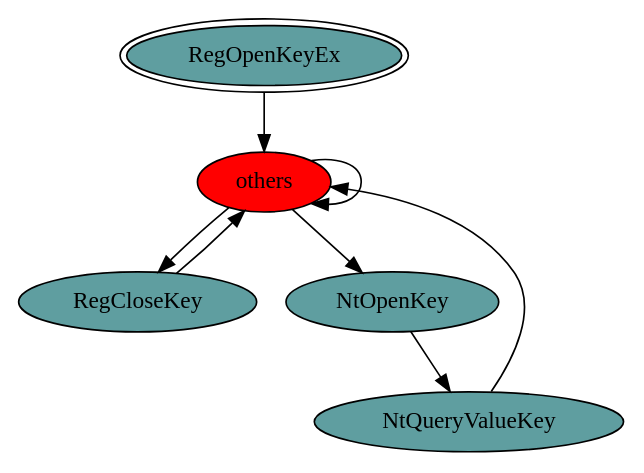
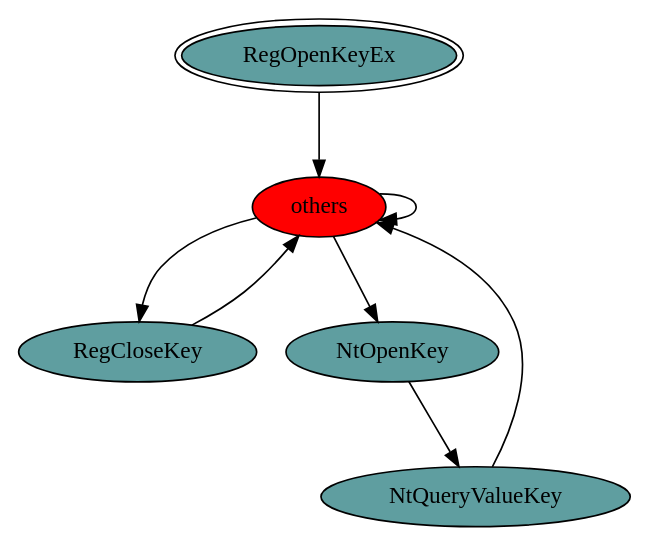
Before and after one commit to reverseame/windows-behavior-catalog: the diagram in [OC0008] Operating System/[C0036] Registry/[C0036.003] Open Registry Key/gv/RegOpenKeyEx.exe_4088_Registry_API_per_Category_Transition_Matrix.gv, drawn with Graphviz. The commit also changed 220 other files, not shown here.

```diff
--- a/[OC0008] Operating System/[C0036] Registry/[C0036.003] Open Registry Key/gv/RegOpenKeyEx.exe_4088_Registry_API_per_Category_Transition_Matrix.gv
+++ b/[OC0008] Operating System/[C0036] Registry/[C0036.003] Open Registry Key/gv/RegOpenKeyEx.exe_4088_Registry_API_per_Category_Transition_Matrix.gv
@@ -1,14 +1,14 @@
 digraph "./REPORTS/6725/API_PER_CATEGORY/RegOpenKeyEx.exe_4088_Registry_API_per_Category_Transition_Matrix" {
 	RegOpenKeyEx [label=RegOpenKeyEx fillcolor=cadetblue peripheries=2 style=filled]
 	others [label=others fillcolor=red style=filled]
-	RegOpenKeyEx -> others [label=""]
-	others -> others [label=""]
+	RegOpenKeyEx -> others [label=1.0 fontcolor=white]
+	others -> others [label=0.9559 fontcolor=white]
 	RegCloseKey [label=RegCloseKey fillcolor=cadetblue style=filled]
-	others -> RegCloseKey [label=""]
+	others -> RegCloseKey [label=0.0147 fontcolor=white]
 	NtOpenKey [label=NtOpenKey fillcolor=cadetblue style=filled]
-	others -> NtOpenKey [label=""]
-	RegCloseKey -> others [label=""]
+	others -> NtOpenKey [label=0.0294 fontcolor=white]
+	RegCloseKey -> others [label=1.0 fontcolor=white]
 	NtQueryValueKey [label=NtQueryValueKey fillcolor=cadetblue style=filled]
-	NtOpenKey -> NtQueryValueKey [label=""]
-	NtQueryValueKey -> others [label=""]
+	NtOpenKey -> NtQueryValueKey [label=1.0 fontcolor=white]
+	NtQueryValueKey -> others [label=1.0 fontcolor=white]
 }
```
